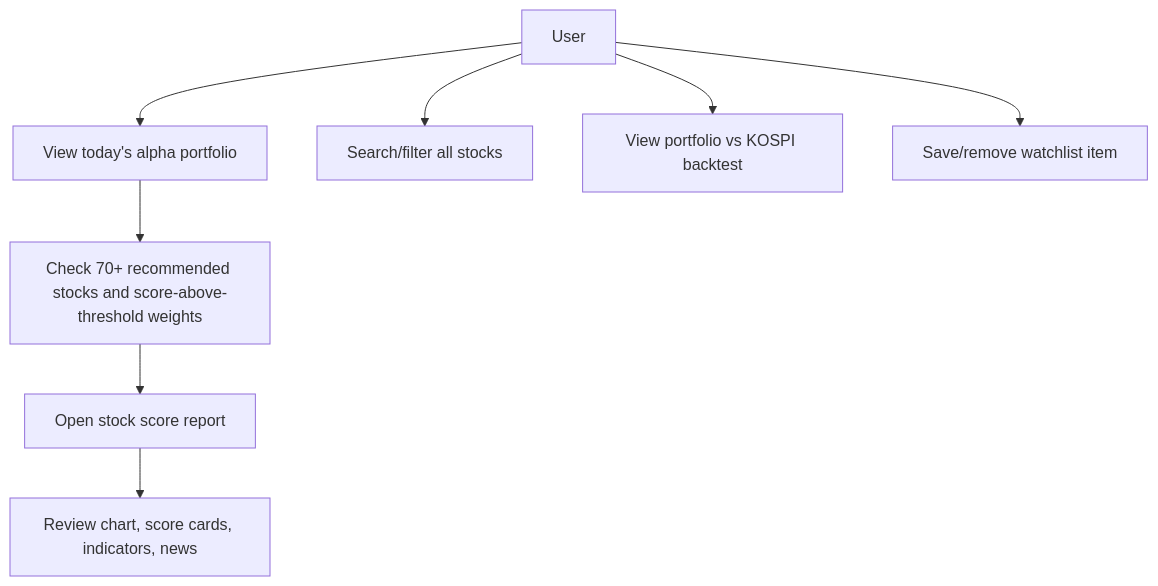
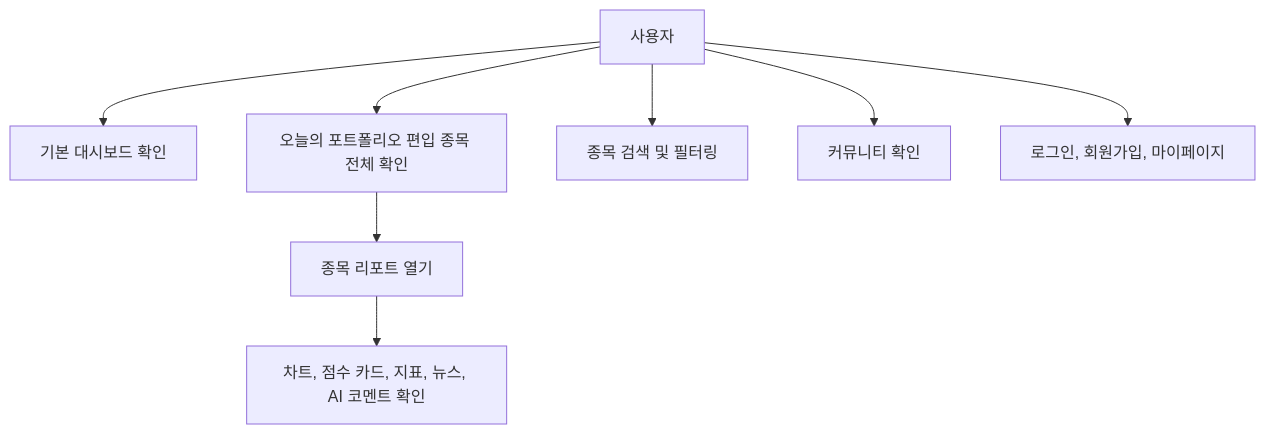
Before and after one commit to Janjonghwa/Alphapick: the first of 4 diagrams in docs/UML.md, drawn with Mermaid. The commit also changed other lines of this file and 46 other files, not shown here.

````diff
--- a/docs/UML.md
+++ b/docs/UML.md
@@ -5,10 +5,10 @@
 ```mermaid
 flowchart TD
-  User["User"] --> Home["View today's alpha portfolio"]
-  Home --> Items["Check 70+ recommended stocks and score-above-threshold weights"]
-  Items --> Report["Open stock score report"]
-  Report --> Analysis["Review chart, score cards, indicators, news"]
-  User --> Search["Search/filter all stocks"]
-  User --> Backtest["View portfolio vs KOSPI backtest"]
-  User --> Watchlist["Save/remove watchlist item"]
+  User["사용자"] --> Home["기본 대시보드 확인"]
+  User --> Portfolio["오늘의 포트폴리오 편입 종목 전체 확인"]
+  Portfolio --> Report["종목 리포트 열기"]
+  Report --> Analysis["차트, 점수 카드, 지표, 뉴스, AI 코멘트 확인"]
+  User --> Search["종목 검색 및 필터링"]
+  User --> Community["커뮤니티 확인"]
+  User --> Auth["로그인, 회원가입, 마이페이지"]
 ```
````
